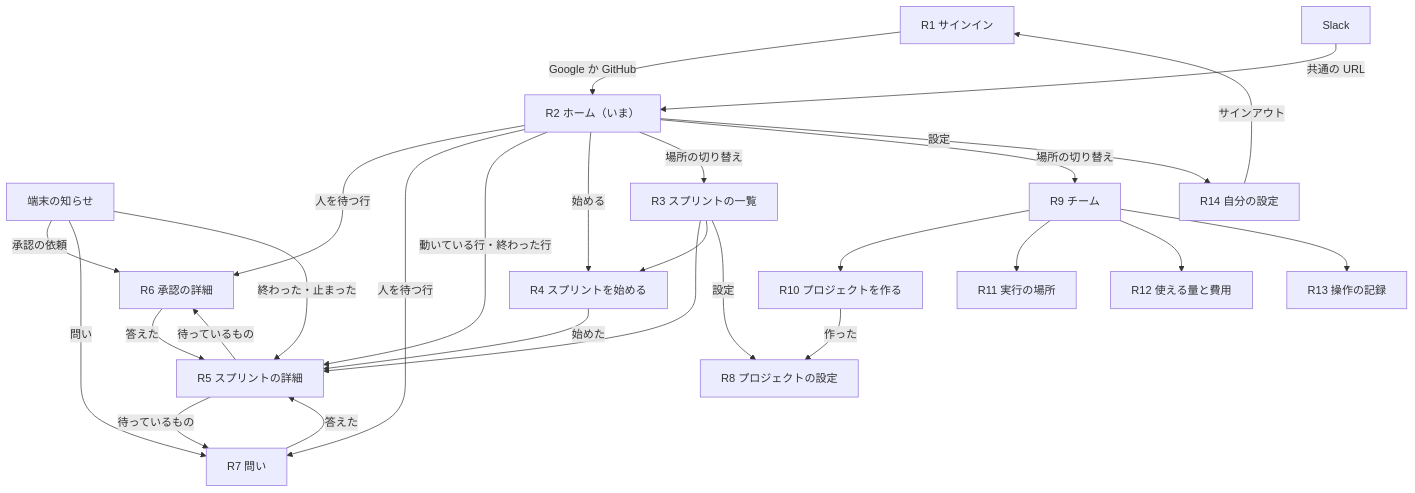
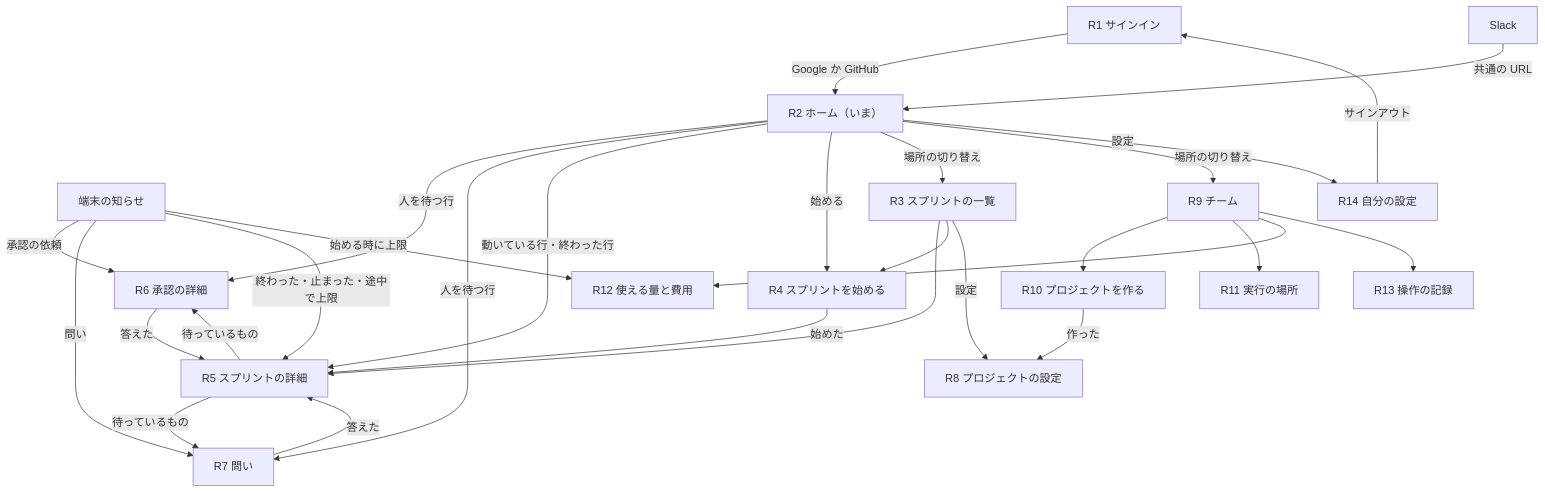
One commit to devbasex/nd-factory changed the first of 2 diagrams in docs/design/screens.md. Above: the diagram before and after it, drawn with Mermaid. The commit also changed other lines of this file and 5 other files, not shown here.

````diff
--- a/docs/design/screens.md
+++ b/docs/design/screens.md
@@ -73,29 +78,30 @@
 ```mermaid
 graph TD
     SI[R1 サインイン] -->|Google か GitHub| H[R2 ホーム（いま）]
     SL[Slack] -->|共通の URL| H
     PU[端末の知らせ] -->|承認の依頼| A[R6 承認の詳細]
     PU -->|問い| Q[R7 問い]
-    PU -->|終わった・止まった| S[R5 スプリントの詳細]
+    PU -->|終わった・止まった・途中で上限| S[R5 スプリントの詳細]
+    PU -->|始める時に上限| U
     H -->|人を待つ行| A
     H -->|人を待つ行| Q
     H -->|動いている行・終わった行| S
     H -->|始める| ST[R4 スプリントを始める]
     H -->|場所の切り替え| L[R3 スプリントの一覧]
     L --> S
     L --> ST
     ST -->|始めた| S
     S -->|待っているもの| A
     S -->|待っているもの| Q
     A -->|答えた| S
     Q -->|答えた| S
     L -->|設定| PS[R8 プロジェクトの設定]
     H -->|場所の切り替え| T[R9 チーム]
     T --> NP[R10 プロジェクトを作る]
     NP -->|作った| PS
     T --> EX[R11 実行の場所]
     T --> U[R12 使える量と費用]
     T --> AU[R13 操作の記録]
     H -->|設定| ME[R14 自分の設定]
     ME -->|サインアウト| SI
 ```
````
